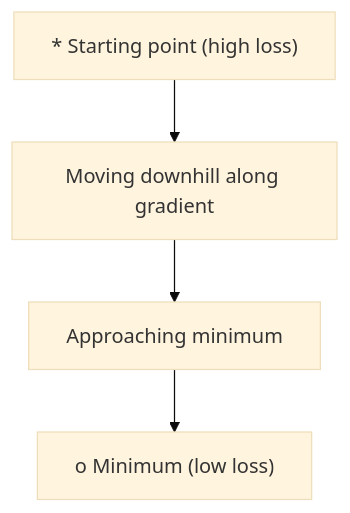
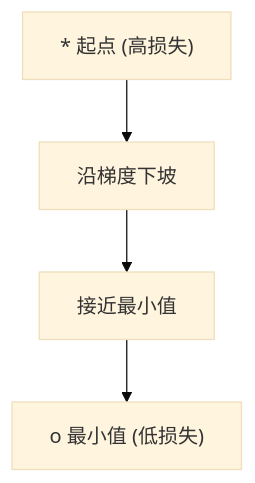
Before and after one commit to alessandrodinisio-ai/ai-engineering-learning-framework: the first of 5 diagrams in phases/01-math-foundations/08-optimization/docs/zh.md, drawn with Mermaid (base theme). The commit also changed other lines of this file and 120 other files, not shown here.

First line of the commit message:
i18n(mermaid): 337 个 mermaid 图表标签中文化

````diff
--- a/phases/01-math-foundations/08-optimization/docs/zh.md
+++ b/phases/01-math-foundations/08-optimization/docs/zh.md
@@ -47,6 +47,6 @@
 ```mermaid
 graph TD
-    A["* Starting point (high loss)"] --> B["Moving downhill along gradient"]
-    B --> C["Approaching minimum"]
-    C --> D["o Minimum (low loss)"]
+    A["* 起点 (高损失)"] --> B["沿梯度下坡"]
+    B --> C["接近最小值"]
+    C --> D["o 最小值 (低损失)"]
 ```
````
